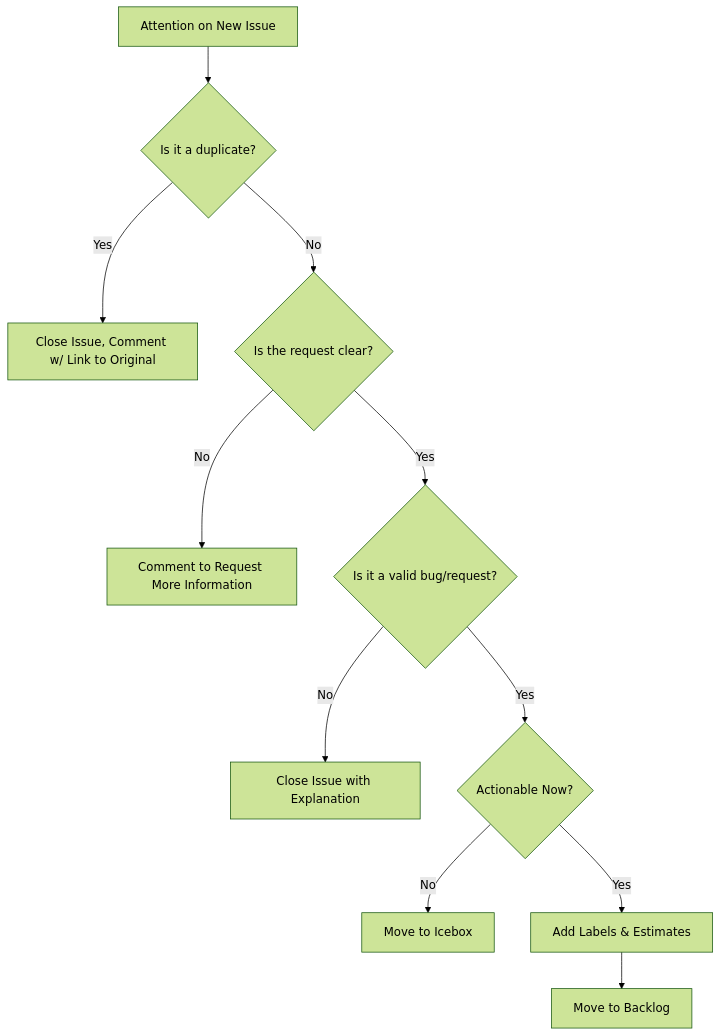
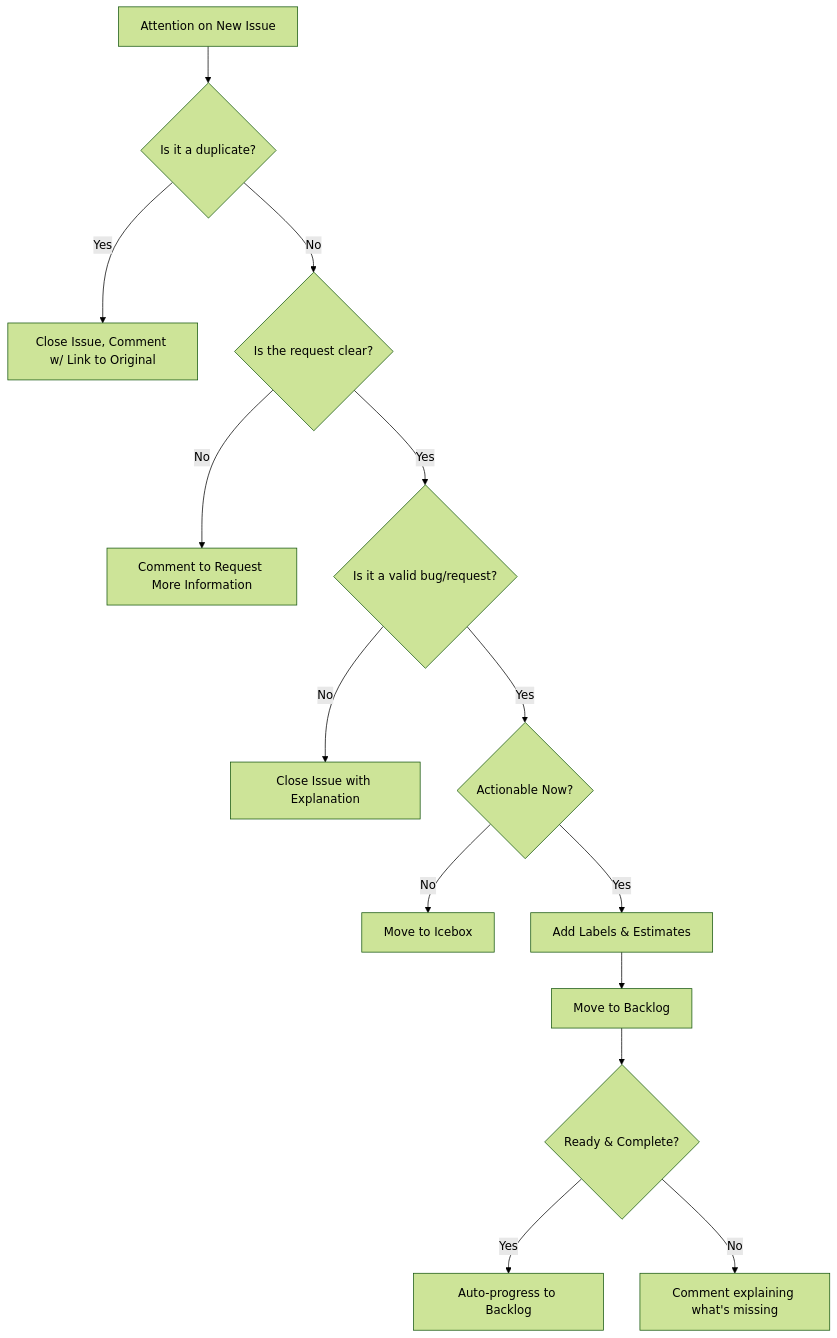
The first of 8 diagrams in WORKFLOW.md (willgriffin/company-as-code), drawn with Mermaid (forest theme) before and after one commit. The commit also changed other lines of this file and 1 other file, not shown here.

````diff
--- a/WORKFLOW.md
+++ b/WORKFLOW.md
@@ -194,13 +194,16 @@
 ```mermaid
 graph TD
     A[Attention on New Issue] --> B{Is it a duplicate?};
     B -- Yes --> C[Close Issue, Comment w/ Link to Original];
     B -- No --> D{Is the request clear?};
     D -- No --> E[Comment to Request More Information];
     D -- Yes --> F{Is it a valid bug/request?};
     F -- No --> G[Close Issue with Explanation];
     F -- Yes --> H{Actionable Now?};
     H -- No --> I[Move to Icebox];
     H -- Yes --> J[Add Labels & Estimates];
     J --> K[Move to Backlog];
+    K --> L{Ready & Complete?};
+    L -- Yes --> M[Auto-progress to Backlog];
+    L -- No --> N[Comment explaining what's missing];
 ```
````
